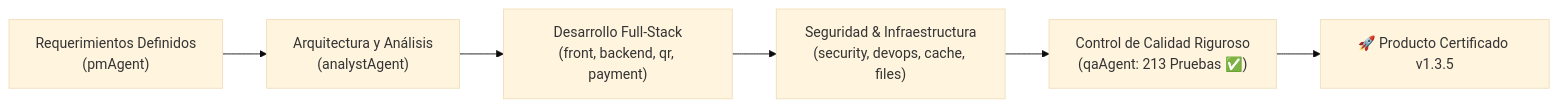
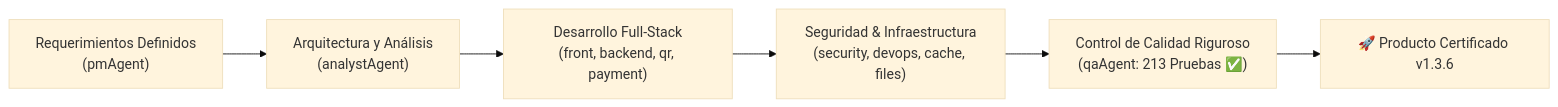
The diagram in PROJECT_STATUS_QRGENERATOR.md (paolapaz202504/QRgenerator), drawn with Mermaid (base theme) before and after one commit. The commit also changed other lines of this file and 8 other files, not shown here.

````diff
--- a/PROJECT_STATUS_QRGENERATOR.md
+++ b/PROJECT_STATUS_QRGENERATOR.md
@@ -12,8 +12,8 @@
 ```mermaid
 flowchart LR
     A["Requerimientos Definidos\n(pmAgent)"] --> B["Arquitectura y Análisis\n(analystAgent)"]
     B --> C["Desarrollo Full-Stack\n(front, backend, qr, payment)"]
     C --> D["Seguridad & Infraestructura\n(security, devops, cache, files)"]
     D --> E["Control de Calidad Riguroso\n(qaAgent: 213 Pruebas ✅)"]
-    E --> F["🚀 Producto Certificado v1.3.5"]
+    E --> F["🚀 Producto Certificado v1.3.6"]
 ```
````
